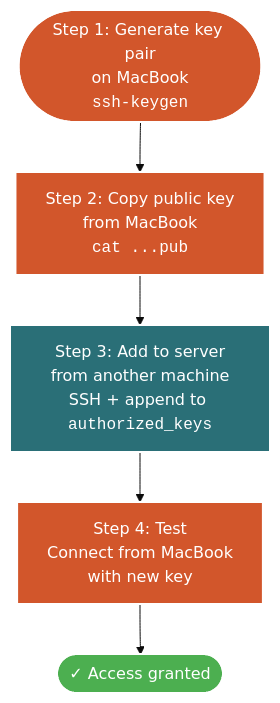
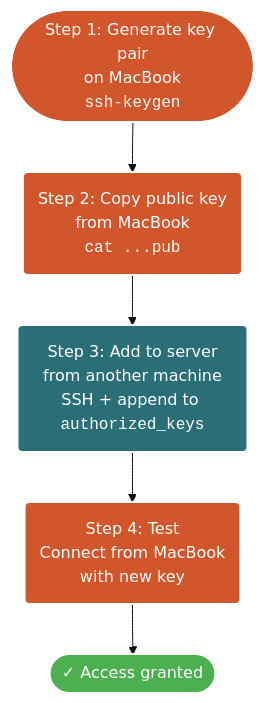
The second of 3 diagrams in manage-ssh-keys.qmd (mjfrigaard/do4ds-labs), drawn with Mermaid before and after one commit. The commit also changed other lines of this file and 69 other files, not shown here.

Commit message:
style review fixes; mermaid look; lab07 model scripts and workflow deps

````diff
--- a/manage-ssh-keys.qmd
+++ b/manage-ssh-keys.qmd
@@ -311,18 +319,18 @@
 ```{mermaid}
 %%| fig-cap: 'MacBook SSH Key Setup Workflow'
 %%| fig-width: 8.0
 %%| fig-align: 'center'
-%%{init: {'theme': 'base', 'themeVariables': {'fontFamily': 'monospace'}}}%%
+%%{init: {'theme': 'base', 'look': 'classic', 'themeVariables': {'fontFamily': 'monospace'}}}%%
 
 graph TD
-    A(["Step 1: Generate key pair<br/>on MacBook<br/><code>ssh-keygen</code>"]) --> B["Step 2: Copy public key<br/>from MacBook<br/><code>cat ...pub</code>"]
-    B --> C["Step 3: Add to server<br/>from another machine<br/>SSH + append to <code>authorized_keys</code>"]
-    C --> D["Step 4: Test<br/>Connect from MacBook<br/>with new key"]
+    A(["Step 1: Generate key pair<br/>on MacBook<br/><code>ssh-keygen</code>"]) --> B("Step 2: Copy public key<br/>from MacBook<br/><code>cat ...pub</code>")
+    B --> C("Step 3: Add to server<br/>from another machine<br/>SSH + append to <code>authorized_keys</code>")
+    C --> D("Step 4: Test<br/>Connect from MacBook<br/>with new key")
     D --> E(["✓ Access granted"])
 
     style A fill:#D2562B,stroke:#fff,stroke-width:2px,color:#fff
     style B fill:#D2562B,stroke:#fff,stroke-width:2px,color:#fff
     style C fill:#2A6F77,stroke:#fff,stroke-width:2px,color:#fff
     style D fill:#D2562B,stroke:#fff,stroke-width:2px,color:#fff
     style E fill:#4CAF50,stroke:#fff,stroke-width:2px,color:#fff
 ```
````
